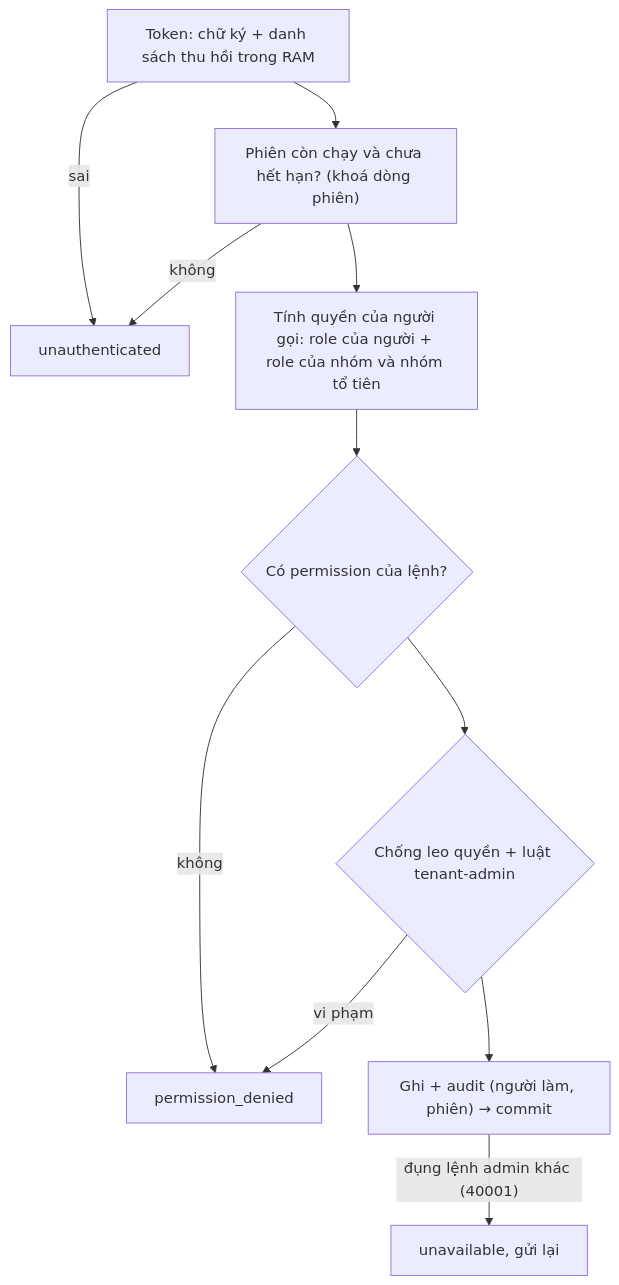
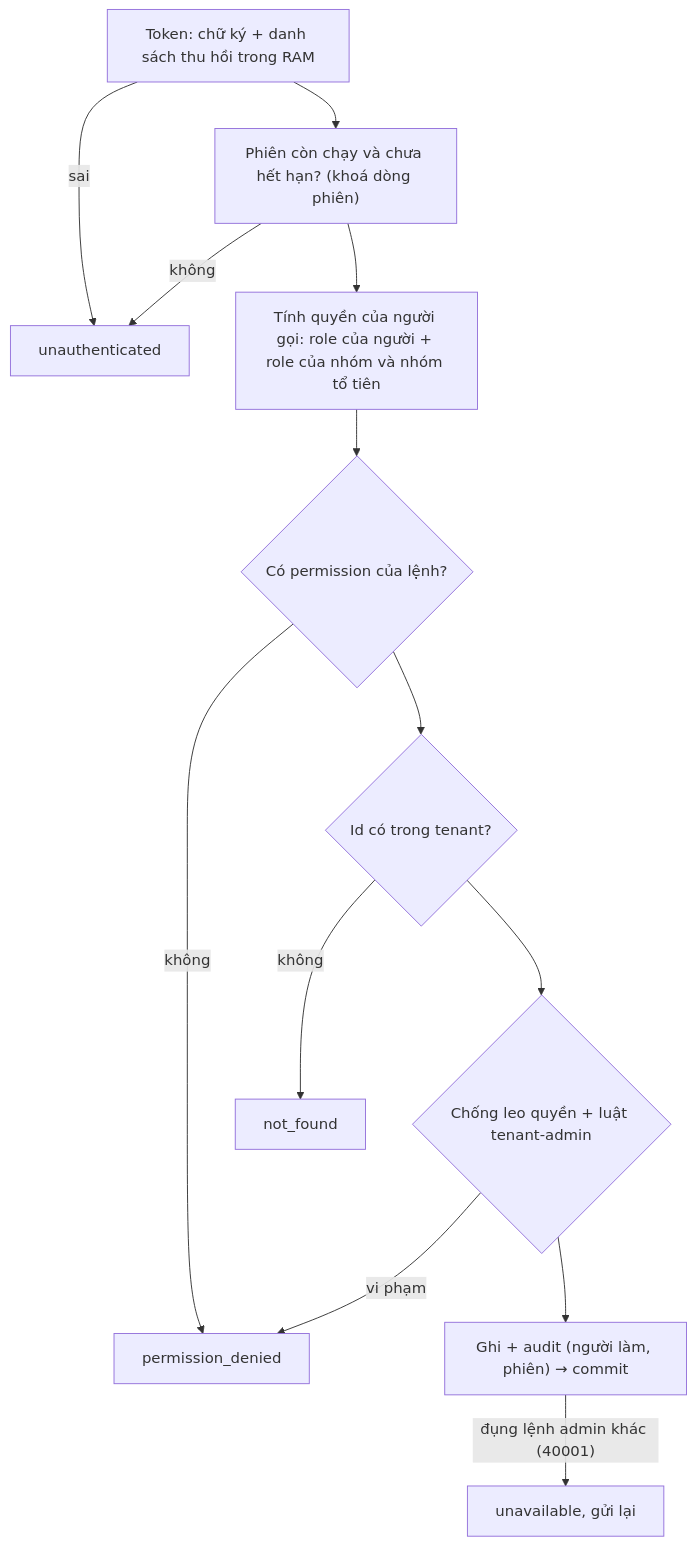
The second of 2 diagrams in docs/plans/2026-10-31-m6-3c1-role-va-kiem-quyen-summary.md (ivannguyendev/chatim), drawn with Mermaid before and after one commit. The commit also changed other lines of this file and 3 other files, not shown here.

````diff
--- a/docs/plans/2026-10-31-m6-3c1-role-va-kiem-quyen-summary.md
+++ b/docs/plans/2026-10-31-m6-3c1-role-va-kiem-quyen-summary.md
@@ -111,13 +112,15 @@
 ```mermaid
 flowchart TD
   T["Token: chữ ký + danh sách thu hồi trong RAM"] -->|"sai"| U["unauthenticated"]
   T --> S["Phiên còn chạy và chưa hết hạn? (khoá dòng phiên)"]
   S -->|"không"| U
   S --> P["Tính quyền của người gọi: role của người + role của nhóm và nhóm tổ tiên"]
   P --> C{"Có permission của lệnh?"}
   C -->|"không"| D["permission_denied"]
-  C --> E{"Chống leo quyền + luật tenant-admin"}
+  C --> X{"Id có trong tenant?"}
+  X -->|"không"| N["not_found"]
+  X --> E{"Chống leo quyền + luật tenant-admin"}
   E -->|"vi phạm"| D
   E --> W["Ghi + audit (người làm, phiên) → commit"]
   W -->|"đụng lệnh admin khác (40001)"| R["unavailable, gửi lại"]
 ```
````
